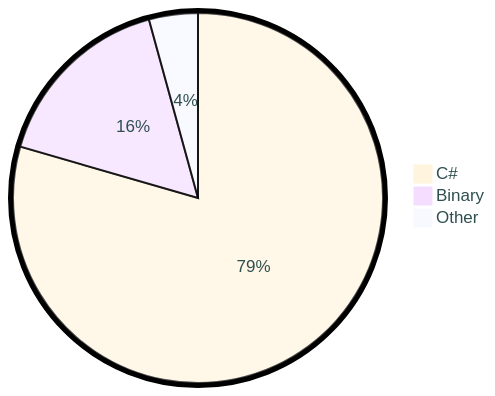
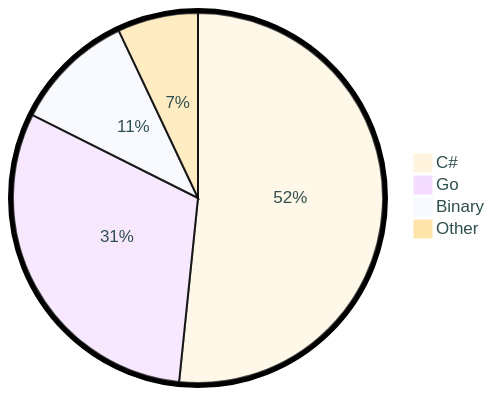
Before and after one commit to tot0p/tot0p: the diagram in README.md, drawn with Mermaid. The commit also changed other lines of this file, not shown here.

````diff
--- a/README.md
+++ b/README.md
@@ -70,7 +75,8 @@
 ```mermaid
 %%{init: {"pie": {"textPosition": 0.5}, "themeVariables": {"pieOuterStrokeWidth": "5px","primaryTextColor" : "#2F4F4F"},"theme":"base"} }%%
 pie
-	"C#": 79.48
-	"Binary": 16.25
-	"Other": 4.2700000000000005
+	"C#": 51.63
+	"Go": 30.77
+	"Binary": 10.56
+	"Other": 7.040000000000001
 ```
````
